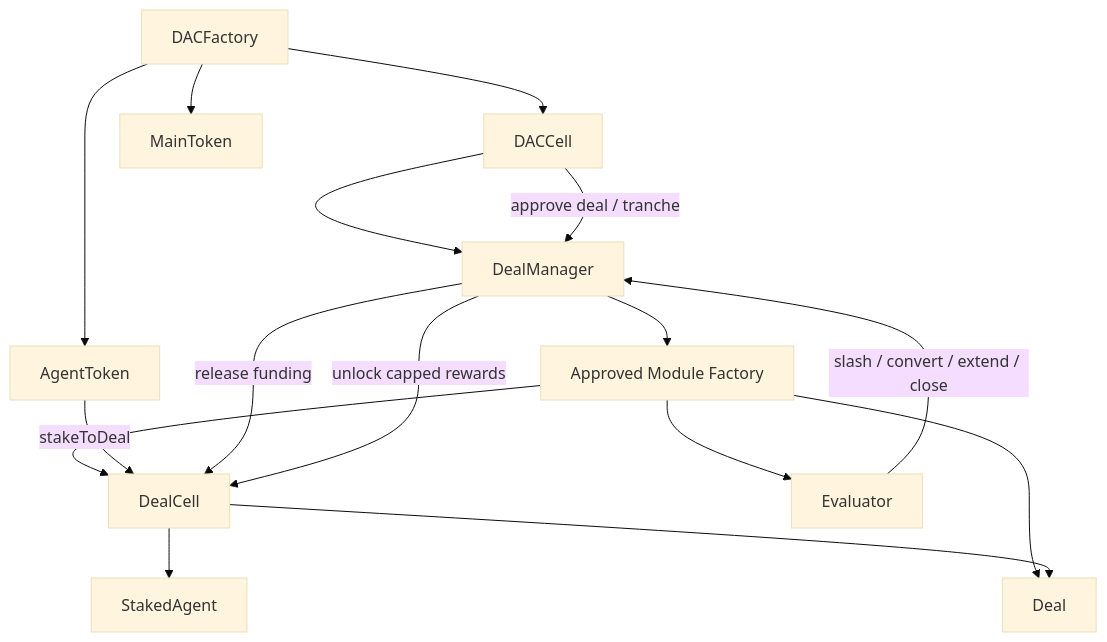
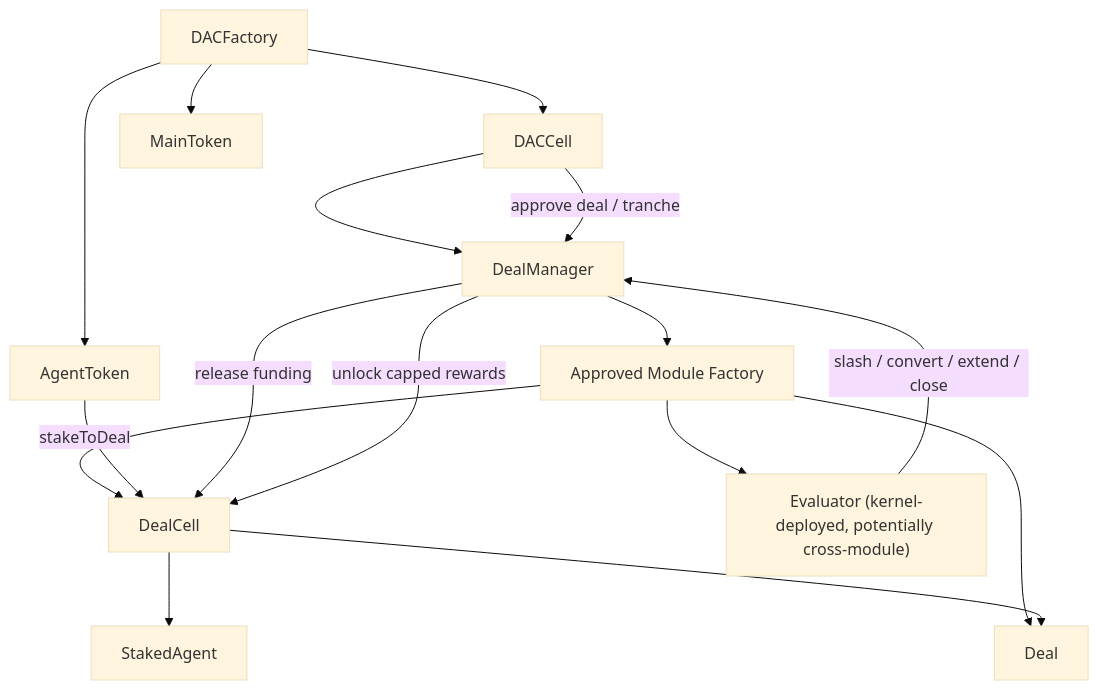
Before and after one commit to DAC-cloud/dac-cloud-contracts: the diagram in docs/whitepaper.md, drawn with Mermaid (base theme). The commit also changed other lines of this file and 5 other files, not shown here.

````diff
--- a/docs/whitepaper.md
+++ b/docs/whitepaper.md
@@ -95,20 +95,20 @@
 ```mermaid
 flowchart TD
     Factory["DACFactory"] --> Cell["DACCell"]
     Factory --> Main["MainToken"]
     Factory --> Agent["AgentToken"]
     Cell --> Manager["DealManager"]
 
     Manager --> Module["Approved Module Factory"]
     Module --> DealCell["DealCell"]
     Module --> Deal["Deal"]
-    Module --> Eval["Evaluator"]
+    Module --> Eval["Evaluator (kernel-deployed, potentially cross-module)"]
 
     Agent -->|"stakeToDeal"| DealCell
     DealCell --> Stake["StakedAgent"]
     Cell -->|"approve deal / tranche"| Manager
     Manager -->|"release funding"| DealCell
     DealCell --> Deal
     Eval -->|"slash / convert / extend / close"| Manager
     Manager -->|"unlock capped rewards"| DealCell
 ```
````
